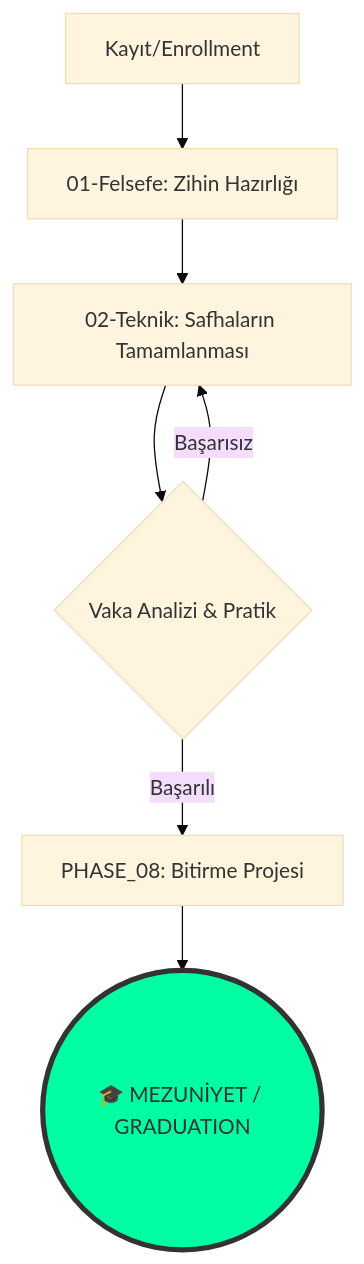
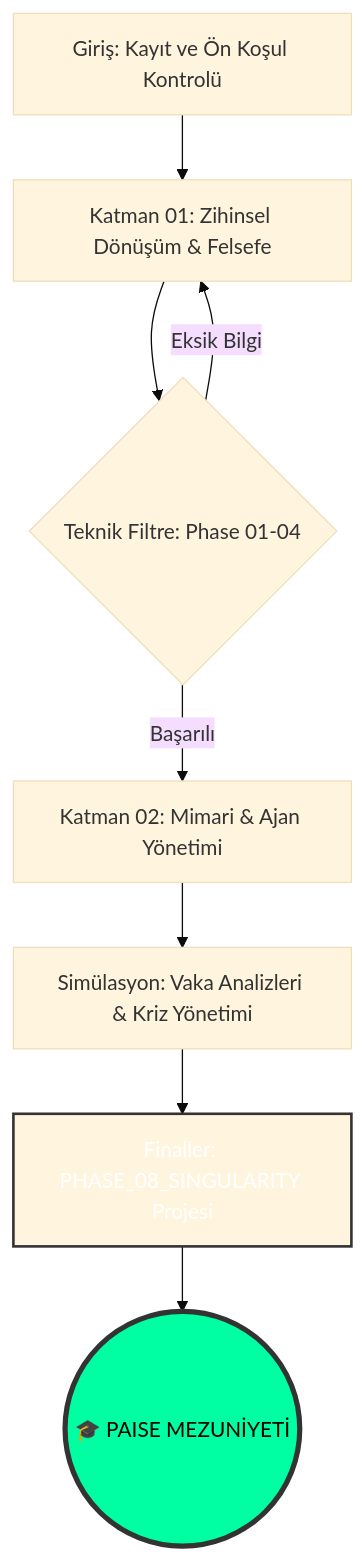
Before and after one commit to arch-yunus/post-ai-swe: the diagram in README.md, drawn with Mermaid (base theme). The commit also changed other lines of this file, not shown here.

````diff
--- a/README.md
+++ b/README.md
@@ -111,10 +112,12 @@
 ```mermaid
 graph TD
-    A[Kayıt/Enrollment] --> B[01-Felsefe: Zihin Hazırlığı]
-    B --> C[02-Teknik: Safhaların Tamamlanması]
-    C --> D{Vaka Analizi & Pratik}
-    D -->|Başarısız| C
-    D -->|Başarılı| E[PHASE_08: Bitirme Projesi]
-    E --> F((🎓 MEZUNİYET / GRADUATION))
-    style F fill:#00FFA3,stroke:#333,stroke-width:4px
+    A[Giriş: Kayıt ve Ön Koşul Kontrolü] --> B[Katman 01: Zihinsel Dönüşüm & Felsefe]
+    B --> C{Teknik Filtre: Phase 01-04}
+    C -->|Eksik Bilgi| B
+    C -->|Başarılı| D[Katman 02: Mimari & Ajan Yönetimi]
+    D --> E[Simülasyon: Vaka Analizleri & Kriz Yönetimi]
+    E --> F[Finaller: PHASE_08_SINGULARITY Projesi]
+    F --> G((🎓 PAISE MEZUNİYETİ))
+    style G fill:#00FFA3,stroke:#333,stroke-width:4px,color:#000
+    style F fill:#blueviolet,stroke:#333,stroke-width:2px,color:#fff
 ```
````
